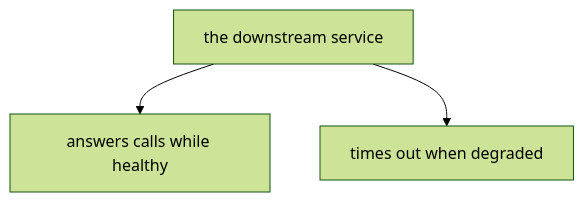
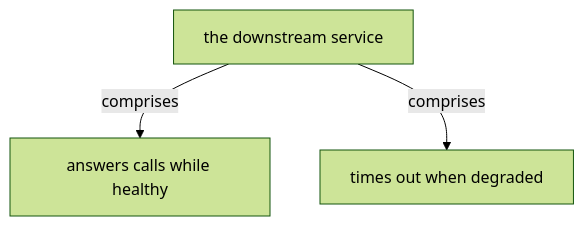
The seventh of 13 diagrams in docs/ch07-circuit-breaker.md (vinayakuber/microservices-io-study-guide), drawn with Mermaid (forest theme) before and after one commit. The commit also changed other lines of this file and 71 other files, not shown here.

First line of the commit message:
R18: label every diagram arrow with its meaning

````diff
--- a/docs/ch07-circuit-breaker.md
+++ b/docs/ch07-circuit-breaker.md
@@ -246,6 +246,6 @@
 ```mermaid
 flowchart TD
   R["the downstream service"]
-  R --> P0["answers calls while healthy"]
-  R --> P1["times out when degraded"]
+  R -->|"comprises"| P0["answers calls while healthy"]
+  R -->|"comprises"| P1["times out when degraded"]
 ```
````
